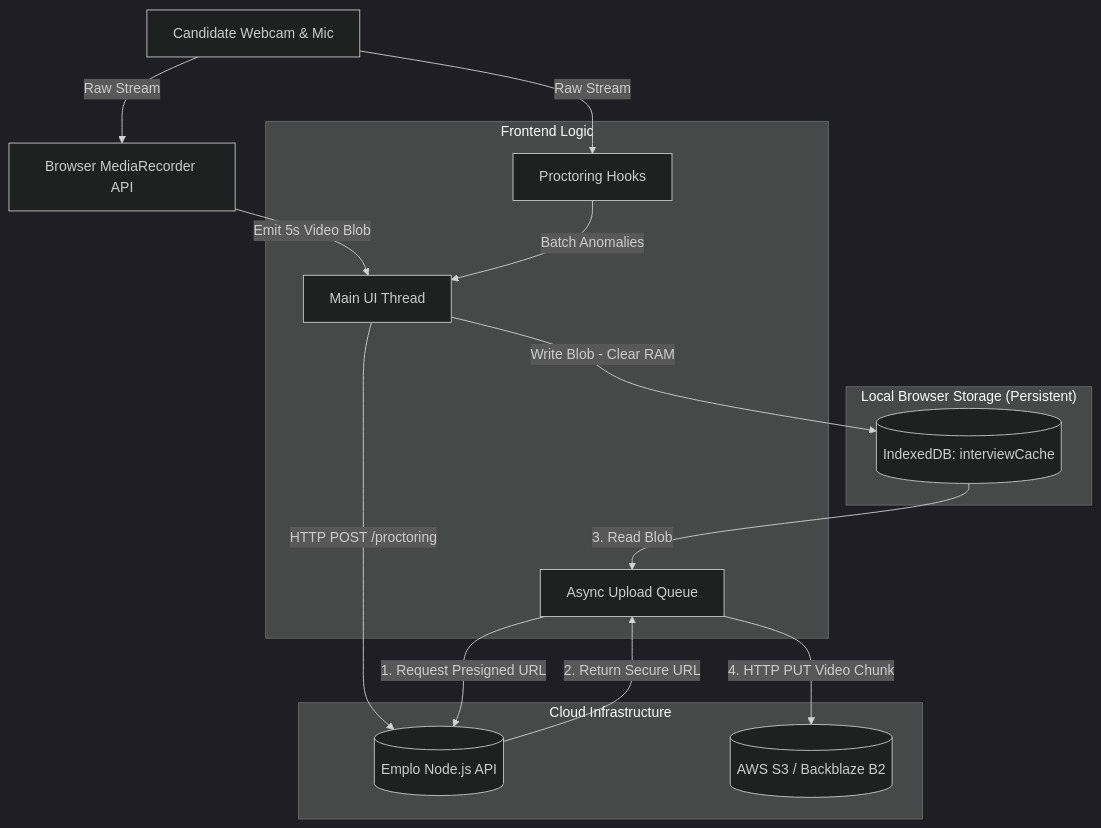
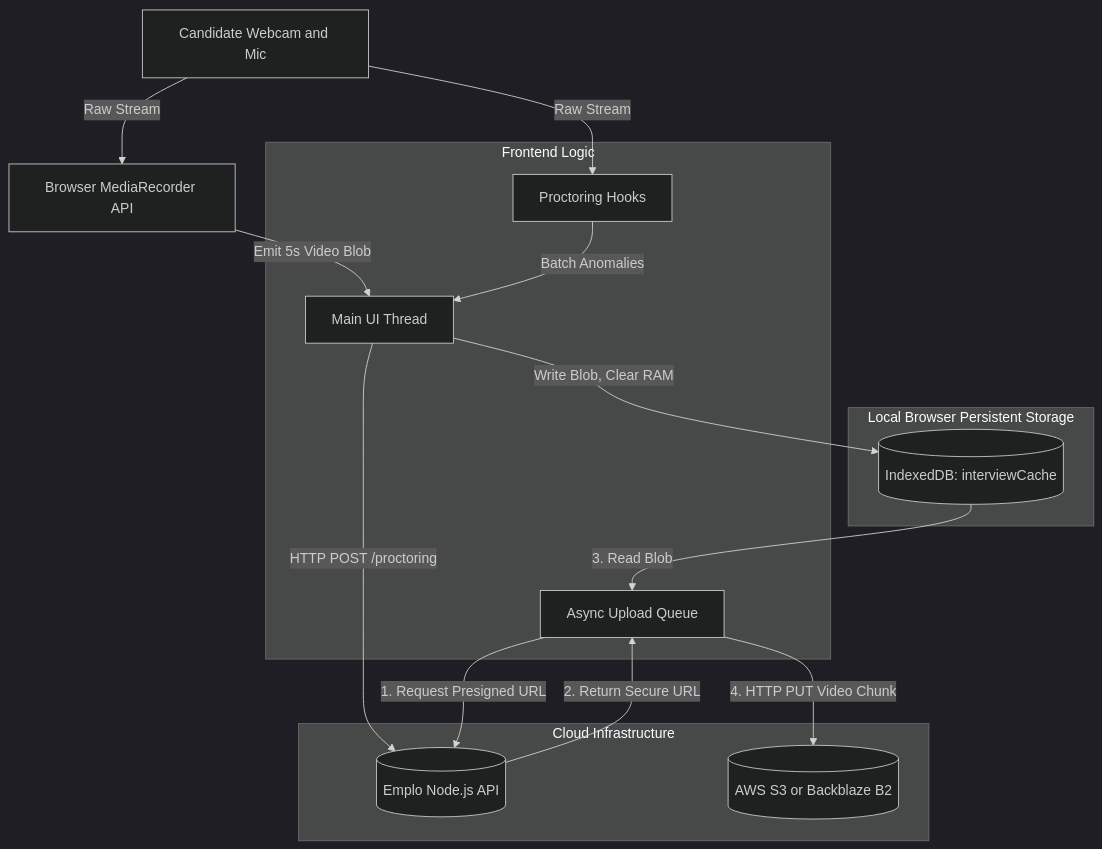
The first of 2 diagrams in public/content/Projects/EMPLO/frontend/module4_ai_interview.md (SawanTeja/Study), drawn with Mermaid (dark theme) before and after one commit. The commit also changed 6 other files, not shown here.

Commit message:
fix: sanitize mermaid flowcharts and sequence diagrams in frontend and backend modules

````diff
--- a/public/content/Projects/EMPLO/frontend/module4_ai_interview.md
+++ b/public/content/Projects/EMPLO/frontend/module4_ai_interview.md
@@ -37,35 +37,35 @@
 ```mermaid
 flowchart TD
-    Hardware["Candidate Webcam & Mic"]
+    Hardware["Candidate Webcam and Mic"]
     Recorder["Browser MediaRecorder API"]
     
-    subgraph LocalStorage ["Local Browser Storage (Persistent)"]
+    subgraph LocalStorage ["Local Browser Persistent Storage"]
         IndexedDB[("IndexedDB: interviewCache")]
     end
     
     subgraph FrontendLogic ["Frontend Logic"]
         EventLoop["Main UI Thread"]
         BackgroundUploader["Async Upload Queue"]
         ProctorEngine["Proctoring Hooks"]
     end
     
     subgraph CloudInfrastructure ["Cloud Infrastructure"]
         Backend[("Emplo Node.js API")]
-        Storage[("AWS S3 / Backblaze B2")]
+        Storage[("AWS S3 or Backblaze B2")]
     end
 
     Hardware -->|Raw Stream| Recorder
     Hardware -->|Raw Stream| ProctorEngine
     
     Recorder -->|Emit 5s Video Blob| EventLoop
-    EventLoop -->|Write Blob - Clear RAM| IndexedDB
+    EventLoop -->|Write Blob, Clear RAM| IndexedDB
     
     ProctorEngine -->|Batch Anomalies| EventLoop
     EventLoop -->|HTTP POST /proctoring| Backend
     
     BackgroundUploader -->|1. Request Presigned URL| Backend
     Backend -->|2. Return Secure URL| BackgroundUploader
     
     IndexedDB -->|3. Read Blob| BackgroundUploader
     BackgroundUploader -->|4. HTTP PUT Video Chunk| Storage
 ```
````
